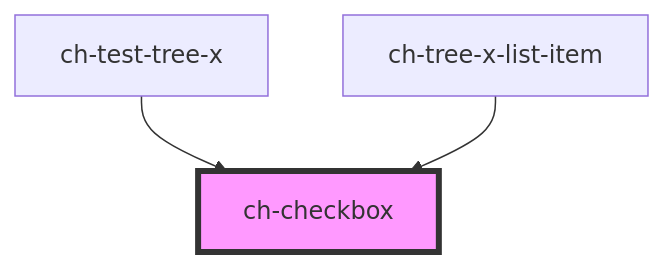
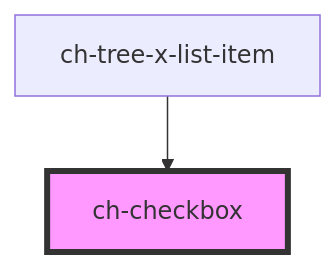
The diagram in src/components/checkbox/readme.md (genexuslabs/chameleon-controls-library), drawn with Mermaid before and after one commit. The commit also changed other lines of this file and 4 other files, not shown here.

````diff
--- a/src/components/checkbox/readme.md
+++ b/src/components/checkbox/readme.md
@@ -48,6 +47,5 @@
 ```mermaid
 graph TD;
-  ch-test-tree-x --> ch-checkbox
   ch-tree-x-list-item --> ch-checkbox
   style ch-checkbox fill:#f9f,stroke:#333,stroke-width:4px
 ```
````
